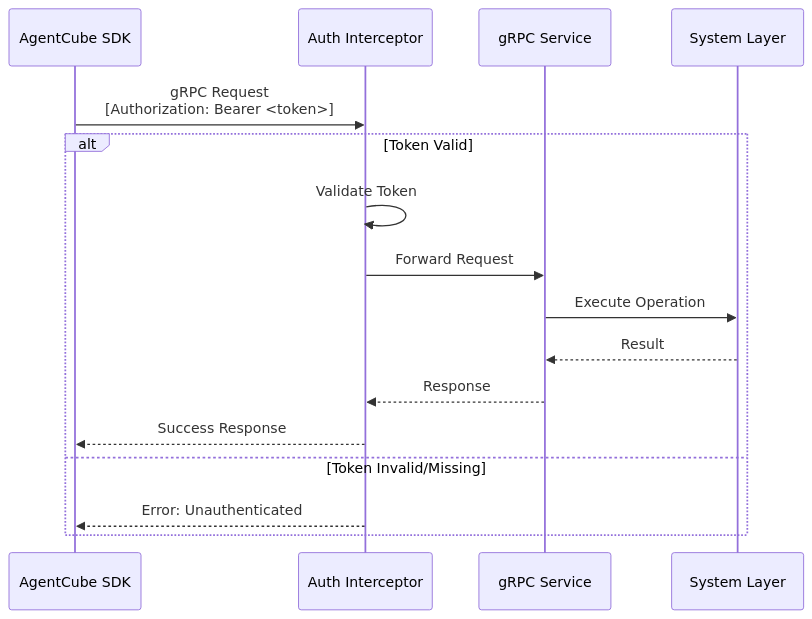
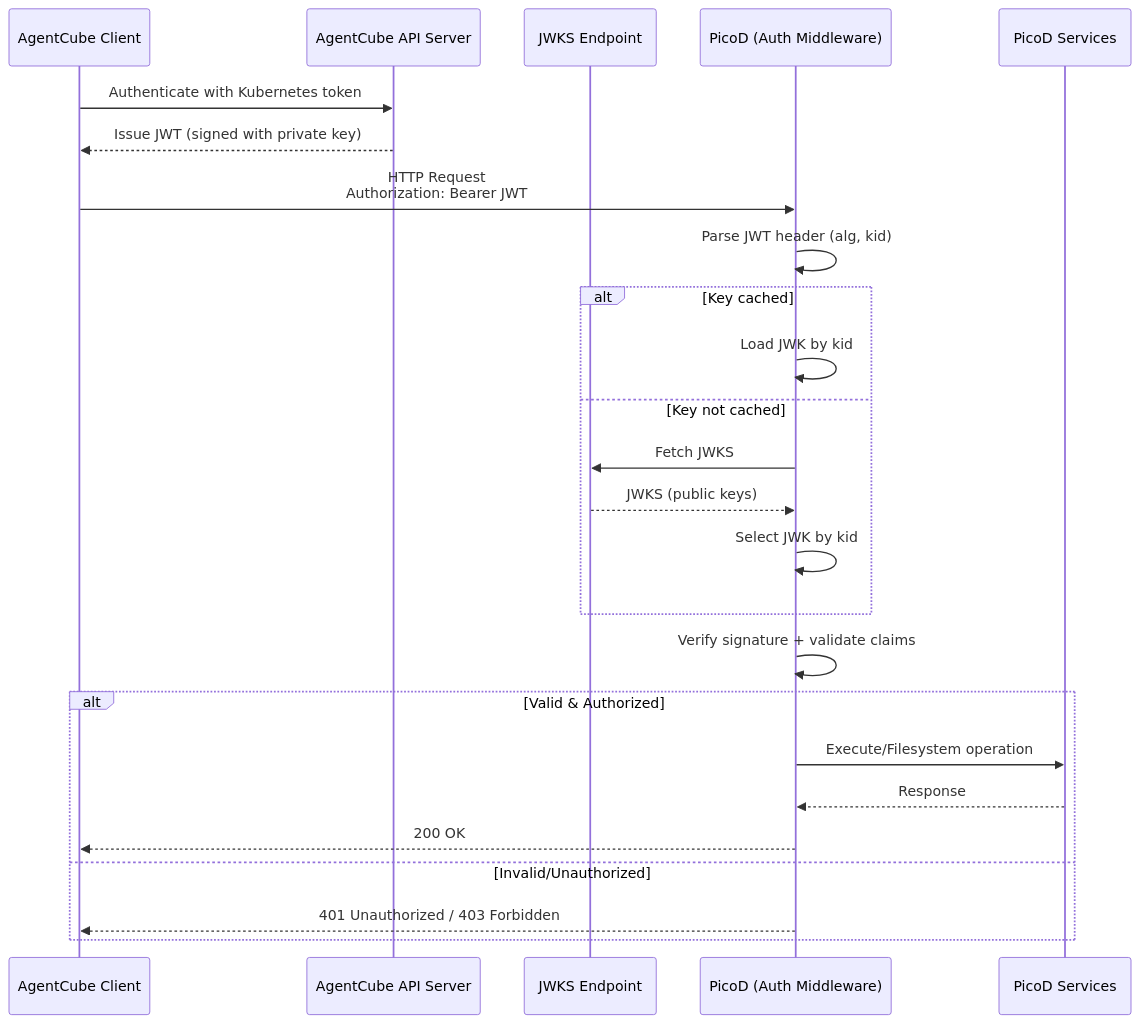
Before and after one commit to VanderChen/agentcube: the second of 4 diagrams in docs/design/PicoD-Design.md, drawn with Mermaid. The commit also changed other lines of this file, not shown here.

Commit message:
Update the PicoD design document: 1. Use REST; 2. New auth & authz design.

````diff
--- a/docs/design/PicoD-Design.md
+++ b/docs/design/PicoD-Design.md
@@ -164,20 +217,29 @@
 ```mermaid
 sequenceDiagram
-    participant Client as AgentCube SDK
-    participant Auth as Auth Interceptor
-    participant Service as gRPC Service
-    participant System as System Layer
-    
-    Client->>Auth: gRPC Request<br/>[Authorization: Bearer <token>]
-    
-    alt Token Valid
-        Auth->>Auth: Validate Token
-        Auth->>Service: Forward Request
-        Service->>System: Execute Operation
-        System-->>Service: Result
-        Service-->>Auth: Response
-        Auth-->>Client: Success Response
-    else Token Invalid/Missing
-        Auth-->>Client: Error: Unauthenticated
-    end
+participant Client as AgentCube Client
+participant APIServer as AgentCube API Server
+participant JWKS as JWKS Endpoint
+participant PicoD as PicoD (Auth Middleware)
+participant Service as PicoD Services
+
+Client->>APIServer: Authenticate with Kubernetes token
+APIServer-->>Client: Issue JWT (signed with private key)
+Client->>PicoD: HTTP Request<br/>Authorization: Bearer JWT
+PicoD->>PicoD: Parse JWT header (alg, kid)
+alt Key cached
+PicoD->>PicoD: Load JWK by kid
+else Key not cached
+PicoD->>JWKS: Fetch JWKS
+JWKS-->>PicoD: JWKS (public keys)
+PicoD->>PicoD: Select JWK by kid
+end
+PicoD->>PicoD: Verify signature + validate claims
+alt Valid & Authorized
+PicoD->>Service: Execute/Filesystem operation
+Service-->>PicoD: Response
+PicoD-->>Client: 200 OK
+else Invalid/Unauthorized
+PicoD-->>Client: 401 Unauthorized / 403 Forbidden
+end
+
 ```
````
